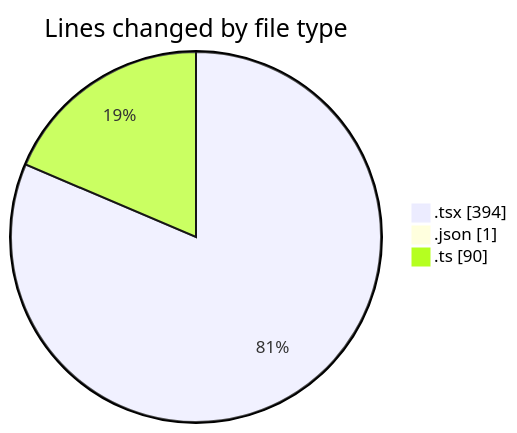
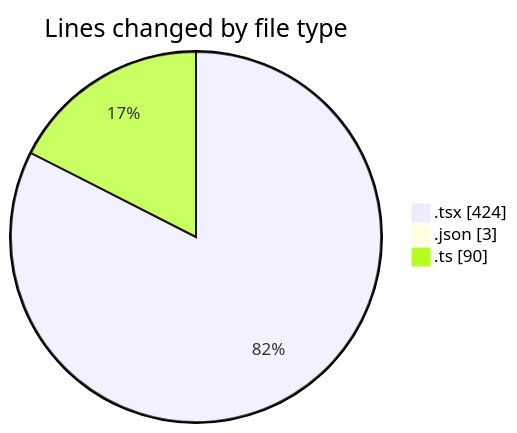
Before and after one commit to robertbonfada/code-tracking: the first of 2 diagrams in 2025-01-21/mbc-web/README.md, drawn with Mermaid. The commit also changed other lines of this file and 1 other file, not shown here.

````diff
--- a/2025-01-21/mbc-web/README.md
+++ b/2025-01-21/mbc-web/README.md
@@ -34,7 +34,7 @@
 ```mermaid
 pie showData
 title Lines changed by file type
-".tsx" : 394
-".json" : 1
+".tsx" : 424
+".json" : 3
 ".ts" : 90
 ```
````
